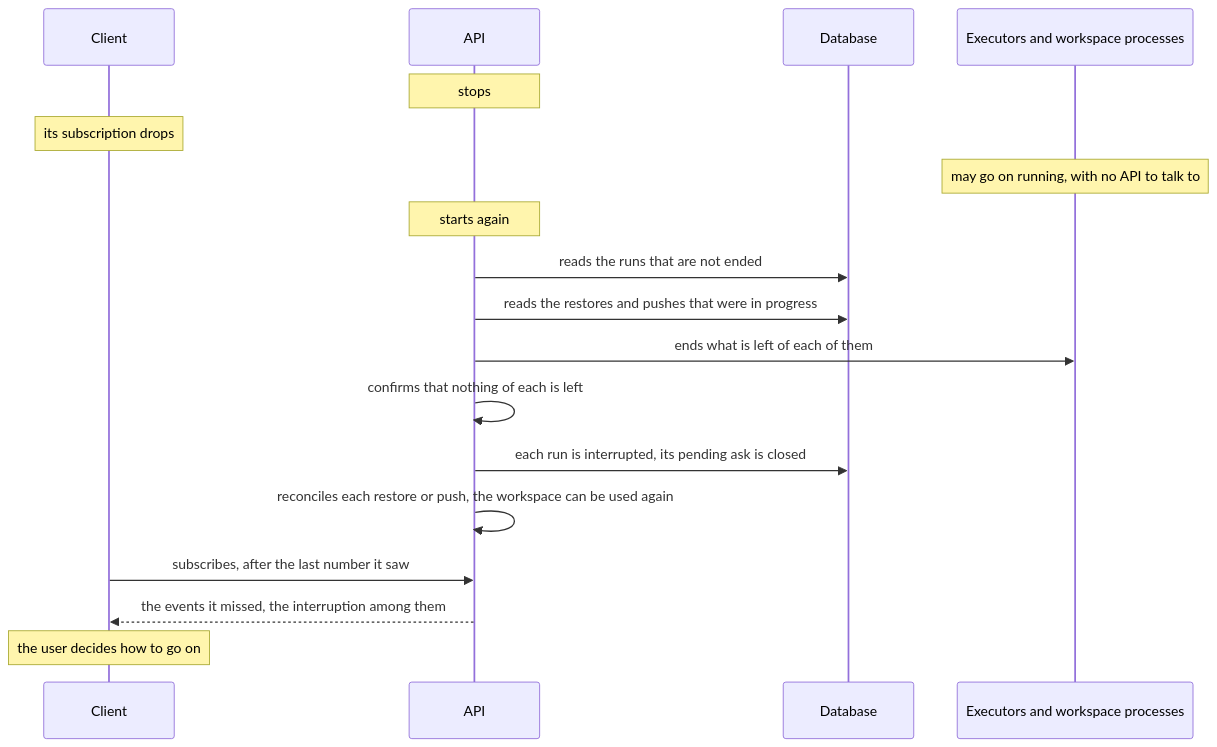
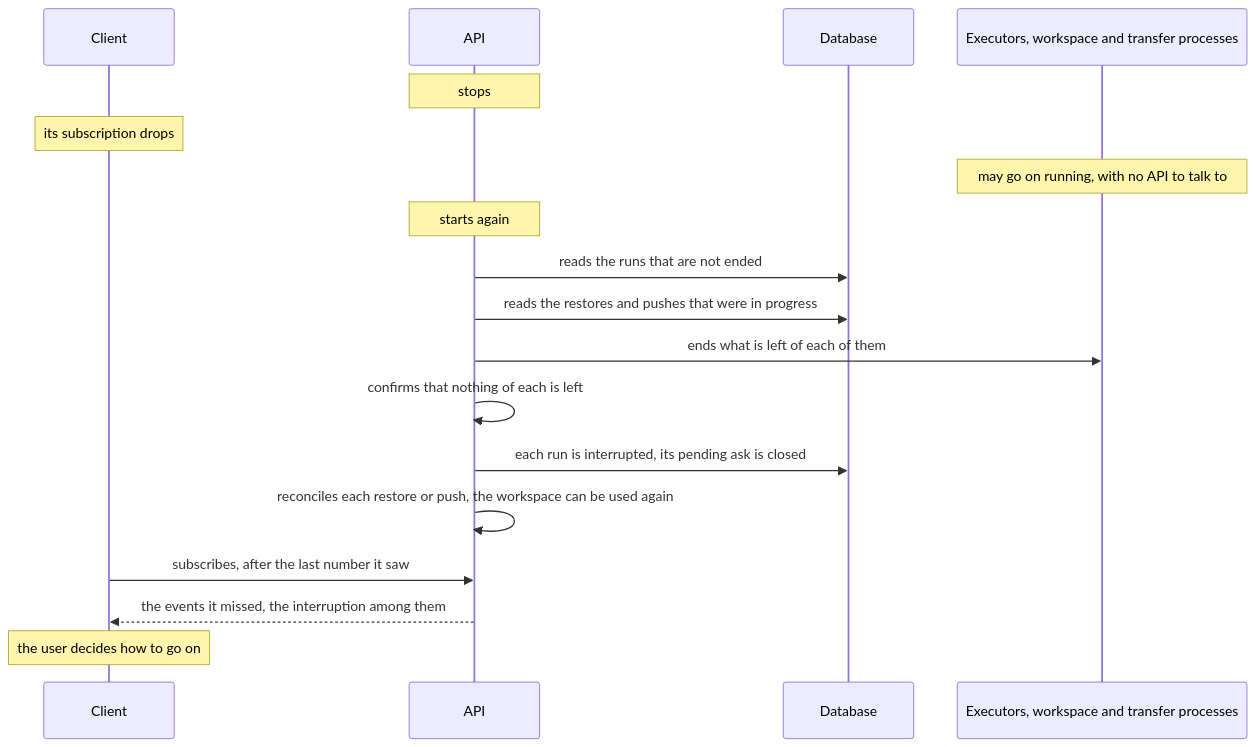
One commit to Mikode13/harness-docs changed the diagram in flows/restart.md. Above: the diagram before and after it, drawn with Mermaid. The commit also changed other lines of this file and 7 other files, not shown here.

````diff
--- a/flows/restart.md
+++ b/flows/restart.md
@@ -14,23 +14,23 @@
 ```mermaid
 sequenceDiagram
     participant C as Client
     participant A as API
     participant D as Database
-    participant P as Executors and workspace processes
+    participant P as Executors, workspace and transfer processes
 
     Note over A: stops
     Note over C: its subscription drops
     Note over P: may go on running, with no API to talk to
 
     Note over A: starts again
     A->>D: reads the runs that are not ended
     A->>D: reads the restores and pushes that were in progress
     A->>P: ends what is left of each of them
     A->>A: confirms that nothing of each is left
     A->>D: each run is interrupted, its pending ask is closed
     A->>A: reconciles each restore or push, the workspace can be used again
 
     C->>A: subscribes, after the last number it saw
     A-->>C: the events it missed, the interruption among them
     Note over C: the user decides how to go on
 ```
````
